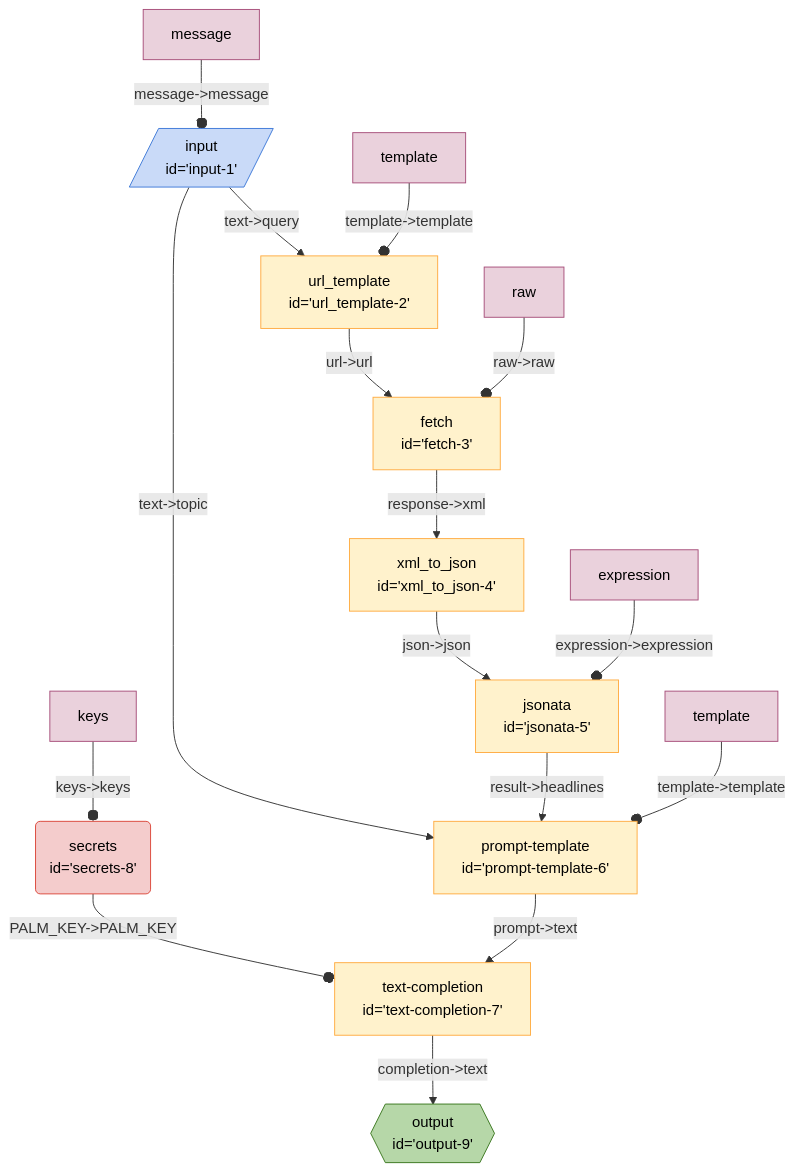
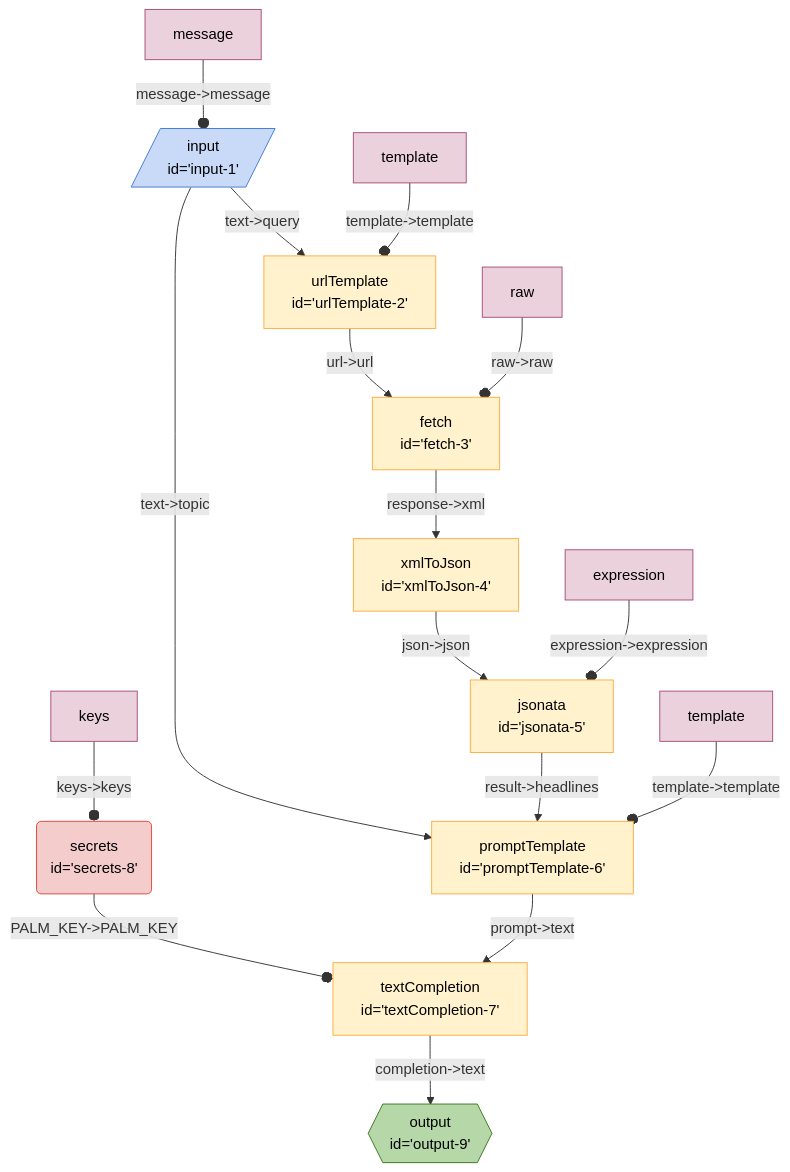
The diagram in seeds/graph-playground/docs/graphs/google-news.md (breadboard-ai/breadboard), drawn with Mermaid before and after one commit. The commit also changed 41 other files, not shown here.

````diff
--- a/seeds/graph-playground/docs/graphs/google-news.md
+++ b/seeds/graph-playground/docs/graphs/google-news.md
@@ -5,45 +5,45 @@
   ```mermaid
   %%{init: 'themeVariables': { 'fontFamily': 'Fira Code, monospace' }}%%
 graph TD;
 input1[/"input
-id='input-1'"/]:::input -- "text->topic" --> prompttemplate6["prompt-template
-id='prompt-template-6'"]
+id='input-1'"/]:::input -- "text->topic" --> promptTemplate6["promptTemplate
+id='promptTemplate-6'"]
 secrets8("secrets
-id='secrets-8'"):::secrets -- "PALM_KEY->PALM_KEY" --o textcompletion7["text-completion
-id='text-completion-7'"]
-textcompletion7["text-completion
-id='text-completion-7'"] -- "completion->text" --> output9{{"output
+id='secrets-8'"):::secrets -- "PALM_KEY->PALM_KEY" --o textCompletion7["textCompletion
+id='textCompletion-7'"]
+textCompletion7["textCompletion
+id='textCompletion-7'"] -- "completion->text" --> output9{{"output
 id='output-9'"}}:::output
-prompttemplate6["prompt-template
-id='prompt-template-6'"] -- "prompt->text" --> textcompletion7["text-completion
-id='text-completion-7'"]
+promptTemplate6["promptTemplate
+id='promptTemplate-6'"] -- "prompt->text" --> textCompletion7["textCompletion
+id='textCompletion-7'"]
 jsonata5["jsonata
-id='jsonata-5'"] -- "result->headlines" --> prompttemplate6["prompt-template
-id='prompt-template-6'"]
-xml_to_json4["xml_to_json
-id='xml_to_json-4'"] -- "json->json" --> jsonata5["jsonata
+id='jsonata-5'"] -- "result->headlines" --> promptTemplate6["promptTemplate
+id='promptTemplate-6'"]
+xmlToJson4["xmlToJson
+id='xmlToJson-4'"] -- "json->json" --> jsonata5["jsonata
 id='jsonata-5'"]
 fetch3["fetch
-id='fetch-3'"] -- "response->xml" --> xml_to_json4["xml_to_json
-id='xml_to_json-4'"]
-url_template2["url_template
-id='url_template-2'"] -- "url->url" --> fetch3["fetch
+id='fetch-3'"] -- "response->xml" --> xmlToJson4["xmlToJson
+id='xmlToJson-4'"]
+urlTemplate2["urlTemplate
+id='urlTemplate-2'"] -- "url->url" --> fetch3["fetch
 id='fetch-3'"]
 input1[/"input
-id='input-1'"/]:::input -- "text->query" --> url_template2["url_template
-id='url_template-2'"]
+id='input-1'"/]:::input -- "text->query" --> urlTemplate2["urlTemplate
+id='urlTemplate-2'"]
 messageinput1[message]:::config -- "message->message" --o input1
-templateurl_template2[template]:::config -- "template->template" --o url_template2
+templateurlTemplate2[template]:::config -- "template->template" --o urlTemplate2
 rawfetch3[raw]:::config -- "raw->raw" --o fetch3
 expressionjsonata5[expression]:::config -- "expression->expression" --o jsonata5
-templateprompttemplate6[template]:::config -- "template->template" --o prompttemplate6
+templatepromptTemplate6[template]:::config -- "template->template" --o promptTemplate6
 keyssecrets8[keys]:::config -- "keys->keys" --o secrets8
 classDef default stroke:#ffab40,fill:#fff2ccff,color:#000
 classDef input stroke:#3c78d8,fill:#c9daf8ff,color:#000
 classDef output stroke:#38761d,fill:#b6d7a8ff,color:#000
 classDef passthrough stroke:#a64d79,fill:#ead1dcff,color:#000
 classDef slot stroke:#a64d79,fill:#ead1dcff,color:#000
 classDef config stroke:#a64d79,fill:#ead1dcff,color:#000
 classDef secrets stroke:#db4437,fill:#f4cccc,color:#000
 classDef slotted stroke:#a64d79
   ```
````
